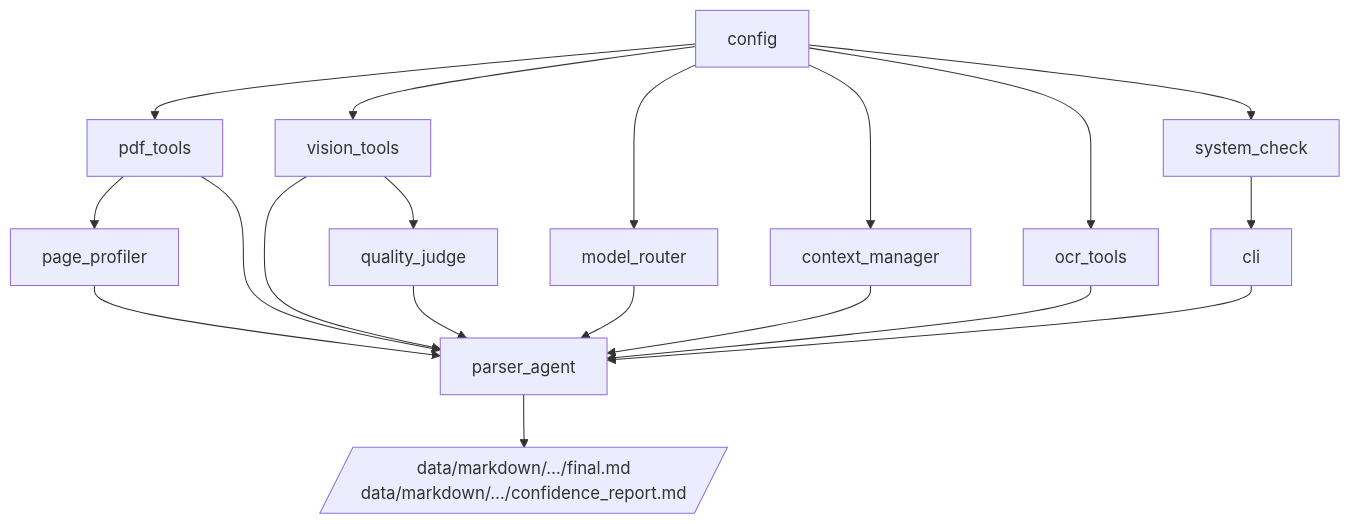
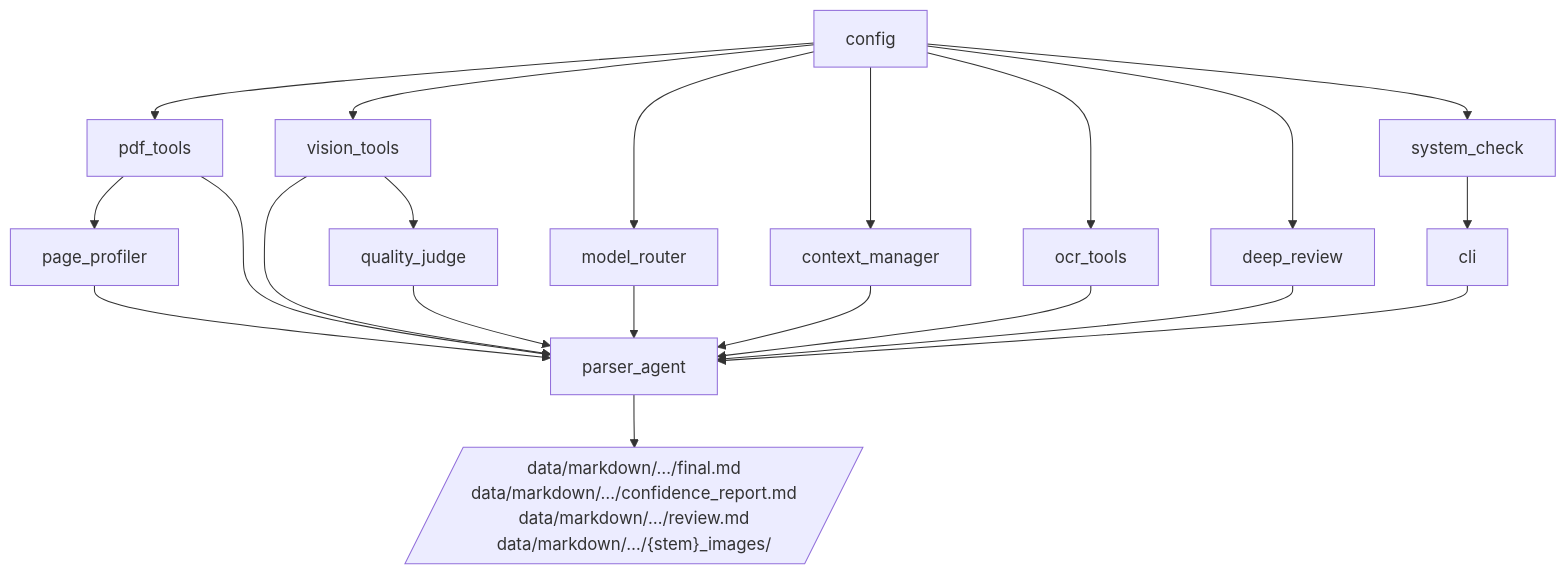
The sixth of 6 diagrams in docs/ARCHITECTURE.md (prashanth-ds-ml/cloak), drawn with Mermaid before and after one commit. The commit also changed other lines of this file and 11 other files, not shown here.

````diff
--- a/docs/ARCHITECTURE.md
+++ b/docs/ARCHITECTURE.md
@@ -261,25 +291,27 @@
 ```mermaid
 flowchart TD
     config --> pdf_tools
     config --> vision_tools
     config --> model_router
     config --> context_manager
     config --> ocr_tools
+    config --> deep_review
 
     pdf_tools --> page_profiler
     page_profiler --> parser_agent
 
     config --> system_check
     system_check --> cli
 
     model_router --> parser_agent
     pdf_tools --> parser_agent
     ocr_tools --> parser_agent
     vision_tools --> parser_agent
     vision_tools --> quality_judge
     quality_judge --> parser_agent
     context_manager --> parser_agent
+    deep_review --> parser_agent
 
     cli --> parser_agent
-    parser_agent --> output[/"data/markdown/…/final.md\ndata/markdown/…/confidence_report.md"/]
+    parser_agent --> output[/"data/markdown/…/final.md\ndata/markdown/…/confidence_report.md\ndata/markdown/…/review.md\ndata/markdown/…/{stem}_images/"/]
 ```
````
